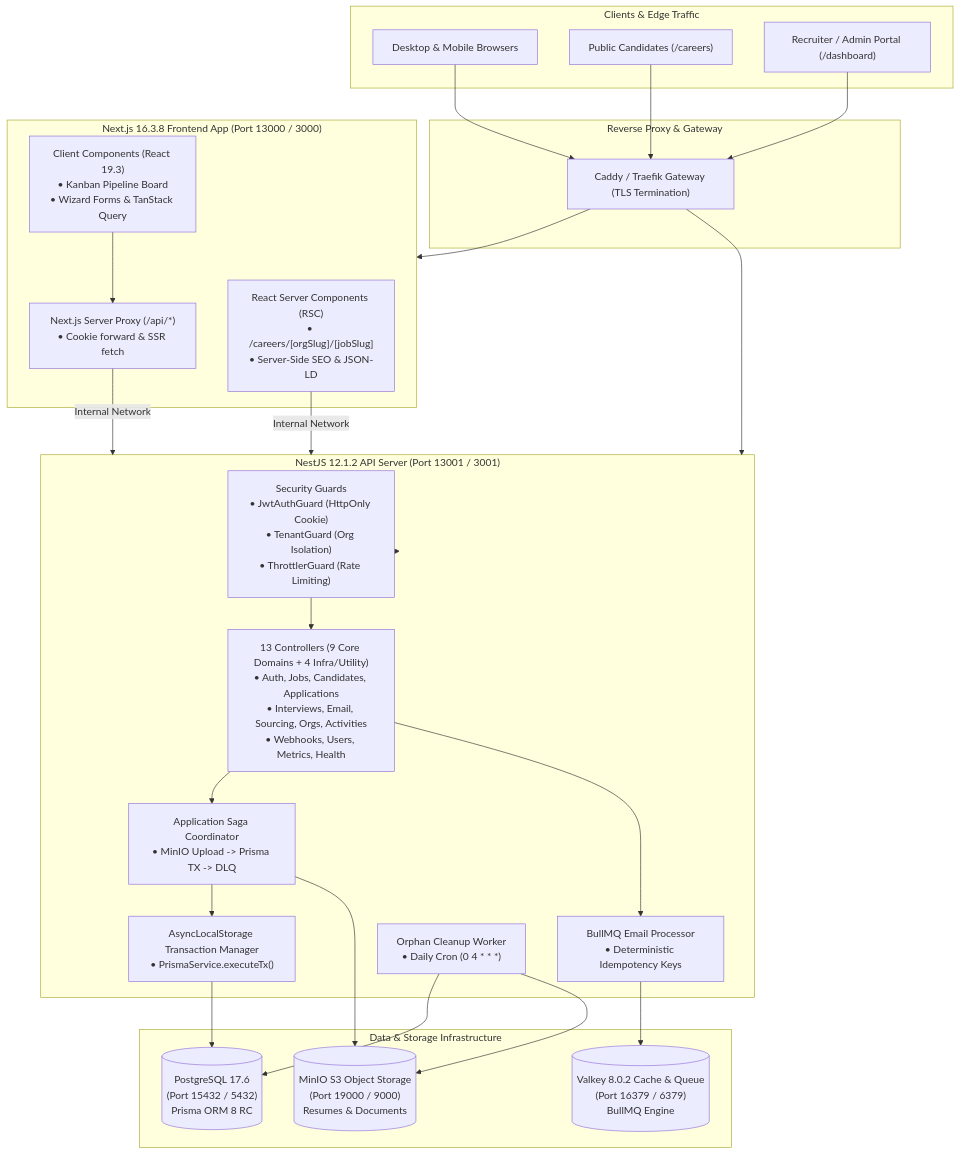
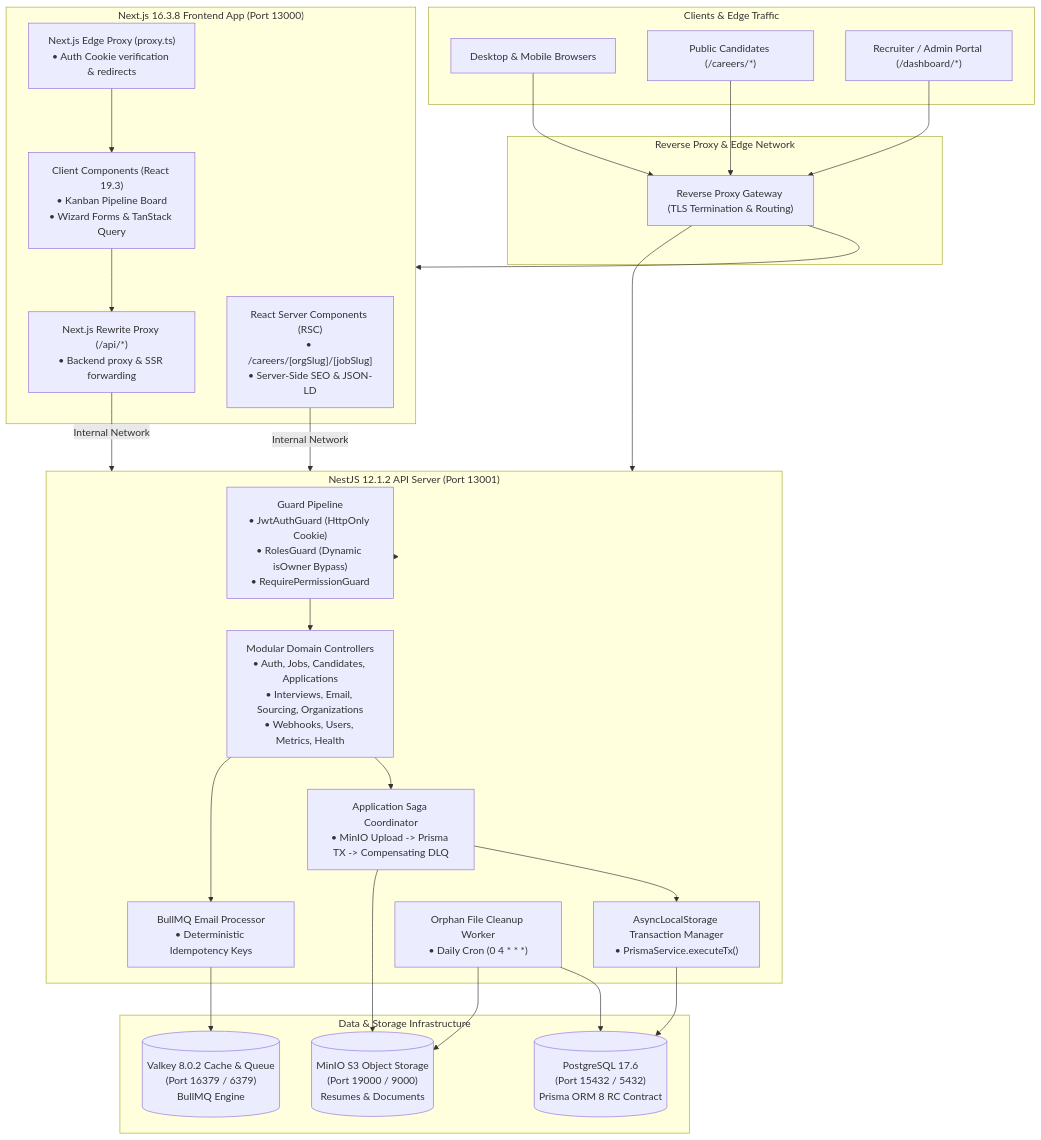
The diagram in docs/architecture/system-overview.md (ntuan2502/haihire), drawn with Mermaid before and after one commit. The commit also changed other lines of this file and 4 other files, not shown here.

Commit message:
docs(architecture): consolidate system architecture documentation

````diff
--- a/docs/architecture/system-overview.md
+++ b/docs/architecture/system-overview.md
@@ -10,54 +10,56 @@
 ```mermaid
 flowchart TB
     subgraph Clients["Clients & Edge Traffic"]
         Browser["Desktop & Mobile Browsers"]
-        Candidate["Public Candidates (/careers)"]
-        Recruiter["Recruiter / Admin Portal (/dashboard)"]
+        Candidate["Public Candidates (/careers/*)"]
+        Recruiter["Recruiter / Admin Portal (/dashboard/*)"]
     end
 
-    subgraph Edge["Reverse Proxy & Gateway"]
-        Caddy["Caddy / Traefik Gateway (TLS Termination)"]
+    subgraph Edge["Reverse Proxy & Edge Network"]
+        Gateway["Reverse Proxy Gateway (TLS Termination & Routing)"]
     end
 
-    subgraph FrontendCluster["Next.js 16.3.8 Frontend App (Port 13000 / 3000)"]
+    subgraph FrontendCluster["Next.js 16.3.8 Frontend App (Port 13000)"]
         RSC["React Server Components (RSC)\n• /careers/[orgSlug]/[jobSlug]\n• Server-Side SEO & JSON-LD"]
         ClientApp["Client Components (React 19.3)\n• Kanban Pipeline Board\n• Wizard Forms & TanStack Query"]
-        SSRProxy["Next.js Server Proxy (/api/*)\n• Cookie forward & SSR fetch"]
+        EdgeProxy["Next.js Edge Proxy (proxy.ts)\n• Auth Cookie verification & redirects"]
+        RewriteProxy["Next.js Rewrite Proxy (/api/*)\n• Backend proxy & SSR forwarding"]
     end
 
-    subgraph BackendCluster["NestJS 12.1.2 API Server (Port 13001 / 3001)"]
-        GuardLayer["Security Guards\n• JwtAuthGuard (HttpOnly Cookie)\n• TenantGuard (Org Isolation)\n• ThrottlerGuard (Rate Limiting)"]
-        Controllers["13 Controllers (9 Core Domains + 4 Infra/Utility)\n• Auth, Jobs, Candidates, Applications\n• Interviews, Email, Sourcing, Orgs, Activities\n• Webhooks, Users, Metrics, Health"]
-        SagaService["Application Saga Coordinator\n• MinIO Upload -> Prisma TX -> DLQ"]
+    subgraph BackendCluster["NestJS 12.1.2 API Server (Port 13001)"]
+        GuardLayer["Guard Pipeline\n• JwtAuthGuard (HttpOnly Cookie)\n• RolesGuard (Dynamic isOwner Bypass)\n• RequirePermissionGuard"]
+        Controllers["Modular Domain Controllers\n• Auth, Jobs, Candidates, Applications\n• Interviews, Email, Sourcing, Organizations\n• Webhooks, Users, Metrics, Health"]
+        SagaService["Application Saga Coordinator\n• MinIO Upload -> Prisma TX -> Compensating DLQ"]
         ALS["AsyncLocalStorage Transaction Manager\n• PrismaService.executeTx()"]
         EmailWorker["BullMQ Email Processor\n• Deterministic Idempotency Keys"]
-        OrphanWorker["Orphan Cleanup Worker\n• Daily Cron (0 4 * * *)"]
+        OrphanWorker["Orphan File Cleanup Worker\n• Daily Cron (0 4 * * *)"]
     end
 
     subgraph DataTier["Data & Storage Infrastructure"]
-        Postgres[("PostgreSQL 17.6\n(Port 15432 / 5432)\nPrisma ORM 8 RC")]
+        Postgres[("PostgreSQL 17.6\n(Port 15432 / 5432)\nPrisma ORM 8 RC Contract")]
         Valkey[("Valkey 8.0.2 Cache & Queue\n(Port 16379 / 6379)\nBullMQ Engine")]
         MinIO[("MinIO S3 Object Storage\n(Port 19000 / 9000)\nResumes & Documents")]
     end
 
-    Browser --> Caddy
-    Candidate --> Caddy
-    Recruiter --> Caddy
-    Caddy --> FrontendCluster
-    Caddy --> BackendCluster
+    Browser --> Gateway
+    Candidate --> Gateway
+    Recruiter --> Gateway
+    Gateway --> FrontendCluster
+    Gateway --> BackendCluster
 
-    ClientApp --> SSRProxy
+    EdgeProxy --> ClientApp
+    ClientApp --> RewriteProxy
     RSC -->|Internal Network| BackendCluster
-    SSRProxy -->|Internal Network| BackendCluster
+    RewriteProxy -->|Internal Network| BackendCluster
 
     BackendCluster --> GuardLayer
     GuardLayer --> Controllers
     Controllers --> SagaService
     SagaService --> ALS
     ALS --> Postgres
     SagaService --> MinIO
     Controllers --> EmailWorker
     EmailWorker --> Valkey
     OrphanWorker --> Postgres
     OrphanWorker --> MinIO
 ```
````
